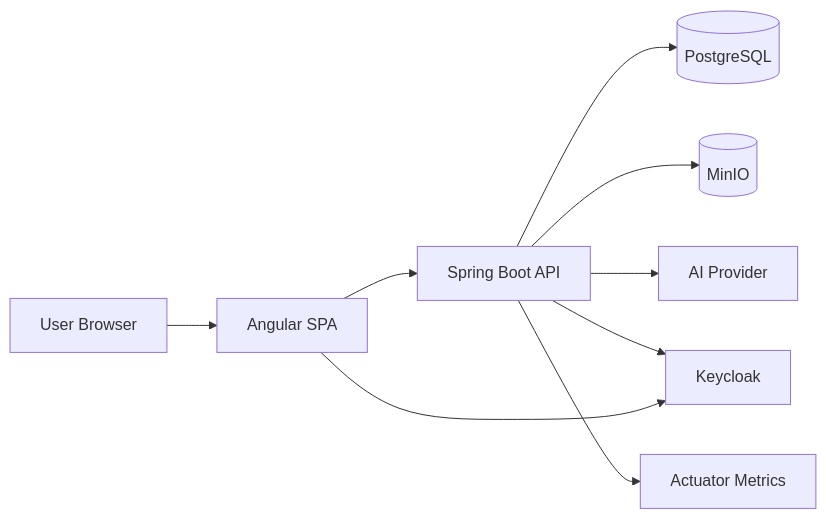
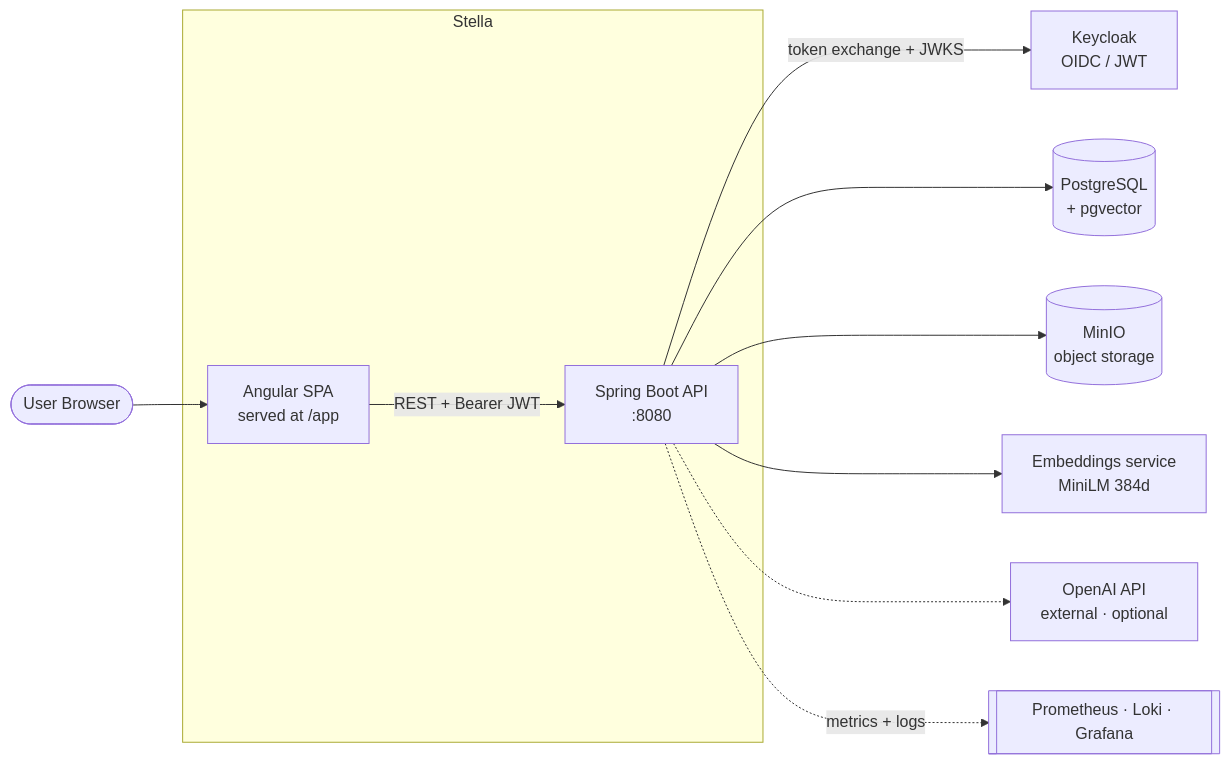
The first of 3 diagrams in docs/sdd/03-architecture.md (munifgebara/cloud-native-java-pipeline), drawn with Mermaid before and after one commit. The commit also changed other lines of this file and 9 other files, not shown here.

First line of the commit message:
Rework SDD pages with verified diagrams and current facts

````diff
--- a/docs/sdd/03-architecture.md
+++ b/docs/sdd/03-architecture.md
@@ -7,11 +16,23 @@
 ```mermaid
 flowchart LR
-    User[User Browser] --> Frontend[Angular SPA]
-    Frontend --> API[Spring Boot API]
-    Frontend --> Keycloak[Keycloak]
-    API --> Postgres[(PostgreSQL)]
-    API --> MinIO[(MinIO)]
-    API --> Keycloak
-    API --> AIProvider[AI Provider]
-    API --> Metrics[Actuator Metrics]
+    User([User Browser])
+    subgraph Stella
+        Frontend[Angular SPA<br/>served at /app]
+        API[Spring Boot API<br/>:8080]
+    end
+    KC[Keycloak<br/>OIDC / JWT]
+    PG[(PostgreSQL<br/>+ pgvector)]
+    MINIO[(MinIO<br/>object storage)]
+    EMB[Embeddings service<br/>MiniLM 384d]
+    OPENAI[OpenAI API<br/>external · optional]
+    OBS[[Prometheus · Loki · Grafana]]
+
+    User --> Frontend
+    Frontend -->|REST + Bearer JWT| API
+    API -->|token exchange + JWKS| KC
+    API --> PG
+    API --> MINIO
+    API --> EMB
+    API -.-> OPENAI
+    API -. metrics + logs .-> OBS
 ```
````
